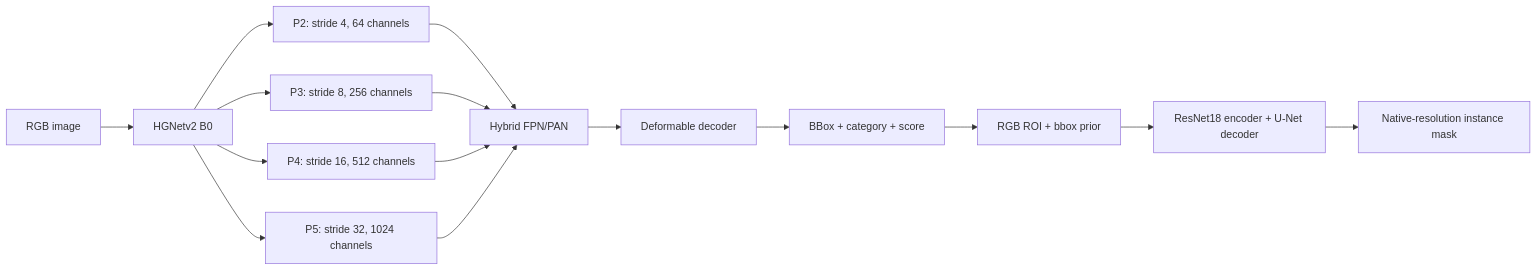
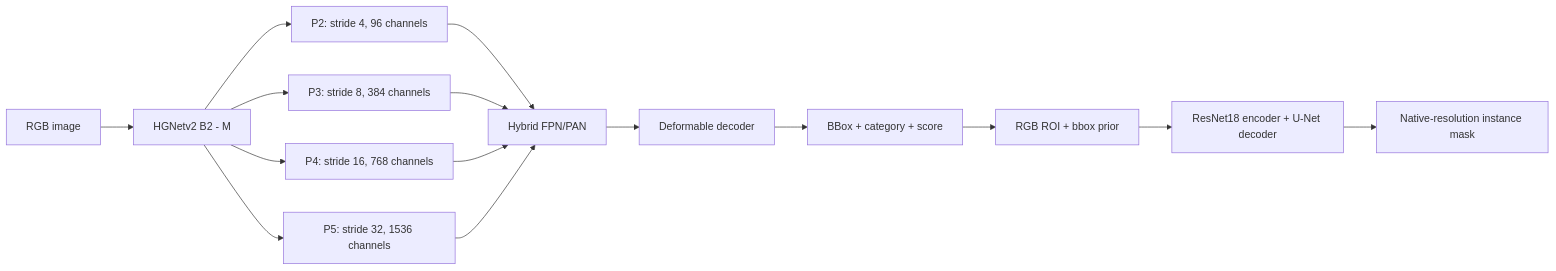
The diagram in README.md (gabapppp/DETRv4-Seg), drawn with Mermaid before and after one commit. The commit also changed other lines of this file and 49 other files, not shown here.

````diff
--- a/README.md
+++ b/README.md
@@ -7,17 +7,17 @@
 ```mermaid
 flowchart LR
-  I[RGB image] --> B[HGNetv2 B0]
-  B --> P2[P2: stride 4, 64 channels]
-  B --> P3[P3: stride 8, 256 channels]
-  B --> P4[P4: stride 16, 512 channels]
-  B --> P5[P5: stride 32, 1024 channels]
+  I[RGB image] --> B[HGNetv2 B2 - M]
+  B --> P2[P2: stride 4, 96 channels]
+  B --> P3[P3: stride 8, 384 channels]
+  B --> P4[P4: stride 16, 768 channels]
+  B --> P5[P5: stride 32, 1536 channels]
   P2 --> N[Hybrid FPN/PAN]
   P3 --> N
   P4 --> N
   P5 --> N
   N --> D[Deformable decoder]
   D --> O[BBox + category + score]
   O --> R[RGB ROI + bbox prior]
   R --> M[ResNet18 encoder + U-Net decoder]
   M --> S[Native-resolution instance mask]
 ```
````
